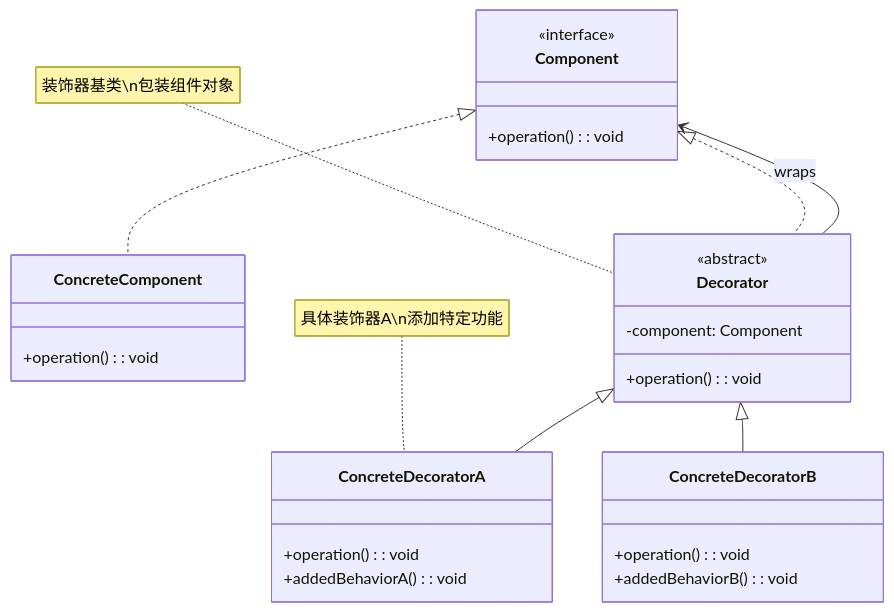
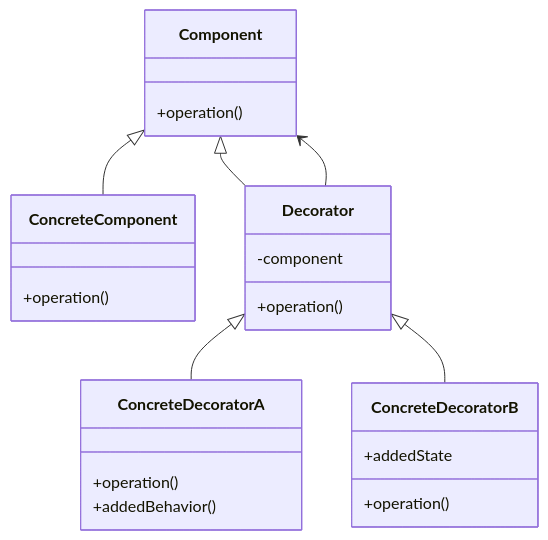
One commit to fanly/DesignPattern changed the first of 2 diagrams in resources/design-patterns/laravel/structural/decorator_zh.md. Above: the diagram before and after it, drawn with Mermaid. The commit also changed other lines of this file and 103 other files, not shown here.

````diff
--- a/resources/design-patterns/laravel/structural/decorator_zh.md
+++ b/resources/design-patterns/laravel/structural/decorator_zh.md
@@ -10,36 +21,31 @@
 ```mermaid
 classDiagram
     class Component {
-        <<interface>>
-        +operation(): void
+        +operation()
     }
     
     class ConcreteComponent {
-        +operation(): void
+        +operation()
     }
     
     class Decorator {
-        <<abstract>>
-        -component: Component
-        +operation(): void
+        -component
+        +operation()
     }
     
     class ConcreteDecoratorA {
-        +operation(): void
-        +addedBehaviorA(): void
+        +operation()
+        +addedBehavior()
     }
     
     class ConcreteDecoratorB {
-        +operation(): void
-        +addedBehaviorB(): void
+        +operation()
+        +addedState
     }
     
-    Component <|.. ConcreteComponent
-    Component <|.. Decorator
+    Component <|-- ConcreteComponent
+    Component <|-- Decorator
     Decorator <|-- ConcreteDecoratorA
     Decorator <|-- ConcreteDecoratorB
-    Decorator --> Component : wraps
-    
-    note for Decorator "装饰器基类\n包装组件对象"
-    note for ConcreteDecoratorA "具体装饰器A\n添加特定功能"
+    Decorator --> Component
 ```
````
